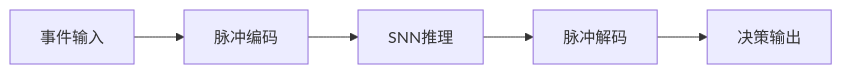
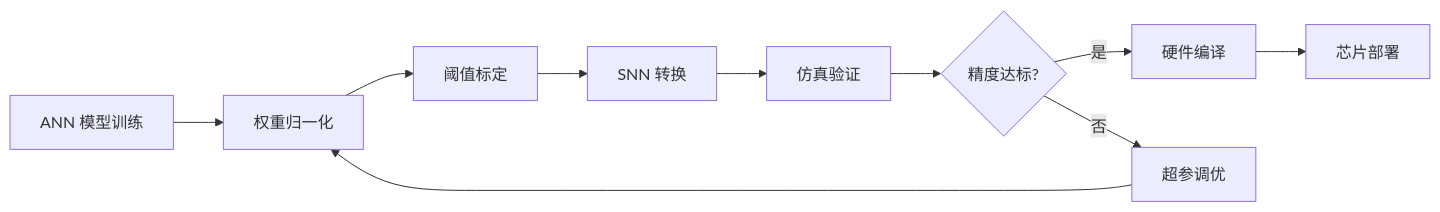
One commit to kudig-io/kudig-database changed the second of 3 diagrams in topic-application-architecture/90-neuromorphic-computing.md. Above: the diagram before and after it, drawn with Mermaid. The commit also changed other lines of this file and 8633 other files, not shown here.

````diff
--- a/topic-application-architecture/90-neuromorphic-computing.md
+++ b/topic-application-architecture/90-neuromorphic-computing.md
@@ -135,7 +164,12 @@
 ```mermaid
 flowchart LR
-    A[事件输入] --> B[脉冲编码]
-    B --> C[SNN推理]
-    C --> D[脉冲解码]
-    D --> E[决策输出]
+    A[ANN 模型训练] --> B[权重归一化]
+    B --> C[阈值标定]
+    C --> D[SNN 转换]
+    D --> E[仿真验证]
+    E --> F{精度达标?}
+    F -->|是| G[硬件编译]
+    F -->|否| H[超参调优]
+    H --> B
+    G --> I[芯片部署]
 ```
````
